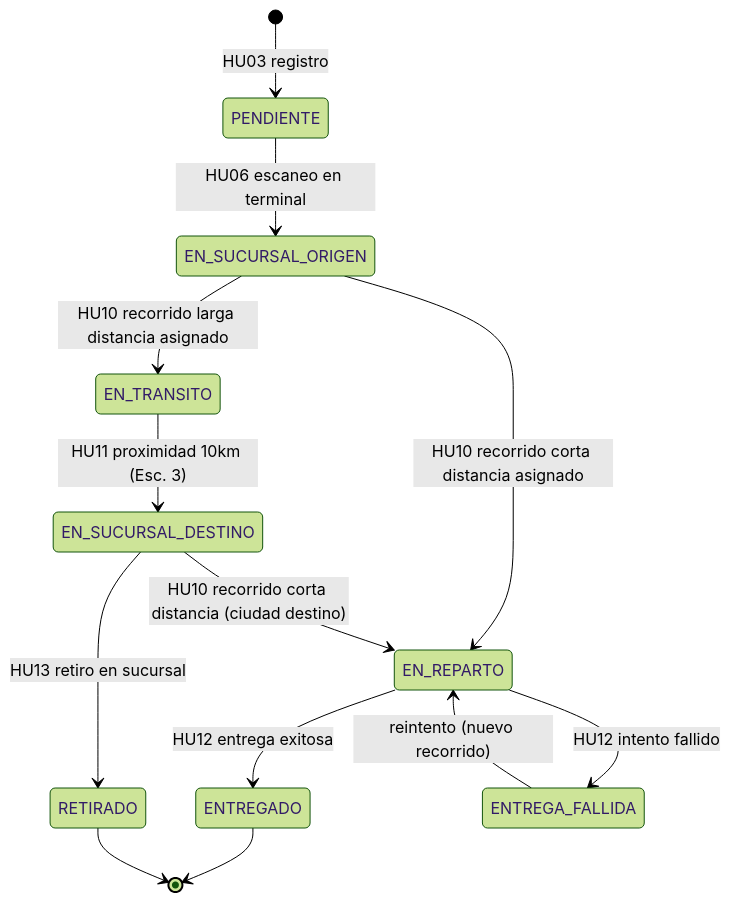
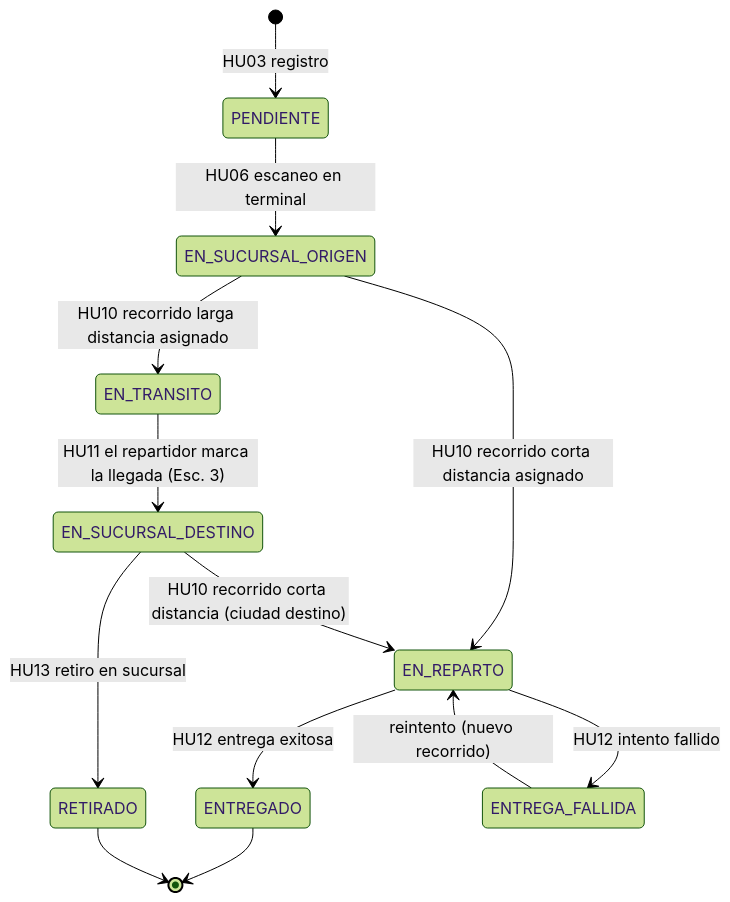
The second of 2 diagrams in Back/docs/01-arquitectura/plan-base-de-datos-completo.md (Maico-Zurbriggen/gestion-envios), drawn with Mermaid (forest theme) before and after one commit. The commit also changed other lines of this file and 93 other files, not shown here.

````diff
--- a/Back/docs/01-arquitectura/plan-base-de-datos-completo.md
+++ b/Back/docs/01-arquitectura/plan-base-de-datos-completo.md
@@ -226,15 +226,15 @@
 ```mermaid
 stateDiagram-v2
     [*] --> PENDIENTE: HU03 registro
     PENDIENTE --> EN_SUCURSAL_ORIGEN: HU06 escaneo en terminal
     EN_SUCURSAL_ORIGEN --> EN_TRANSITO: HU10 recorrido larga distancia asignado
     EN_SUCURSAL_ORIGEN --> EN_REPARTO: HU10 recorrido corta distancia asignado
-    EN_TRANSITO --> EN_SUCURSAL_DESTINO: HU11 proximidad 10km (Esc. 3)
+    EN_TRANSITO --> EN_SUCURSAL_DESTINO: HU11 el repartidor marca la llegada (Esc. 3)
     EN_SUCURSAL_DESTINO --> EN_REPARTO: HU10 recorrido corta distancia (ciudad destino)
     EN_SUCURSAL_DESTINO --> RETIRADO: HU13 retiro en sucursal
     EN_REPARTO --> ENTREGADO: HU12 entrega exitosa
     EN_REPARTO --> ENTREGA_FALLIDA: HU12 intento fallido
     ENTREGA_FALLIDA --> EN_REPARTO: reintento (nuevo recorrido)
     ENTREGADO --> [*]
     RETIRADO --> [*]
 ```
````
